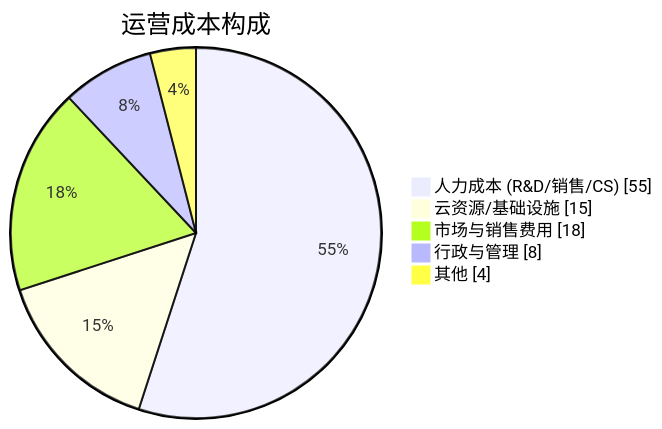
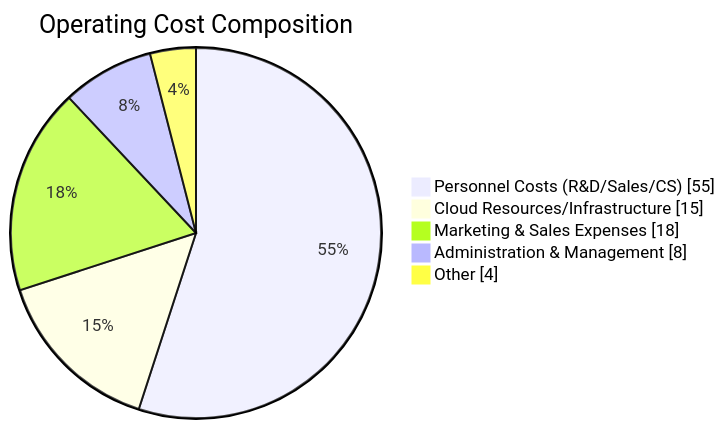
Diagram 12 of 15 in templates/【模板】商业模式文档.md (Kirky-X/cangjie), drawn with Mermaid before and after one commit. The commit also changed other lines of this file and 12 other files, not shown here.

````diff
--- a/templates/【模板】商业模式文档.md
+++ b/templates/【模板】商业模式文档.md
@@ -480,9 +480,9 @@
 ```mermaid
 pie showData
-    title 运营成本构成
-    "人力成本 (R&D/销售/CS)" : 55
-    "云资源/基础设施" : 15
-    "市场与销售费用" : 18
-    "行政与管理" : 8
-    "其他" : 4
+    title Operating Cost Composition
+    "Personnel Costs (R&D/Sales/CS)" : 55
+    "Cloud Resources/Infrastructure" : 15
+    "Marketing & Sales Expenses" : 18
+    "Administration & Management" : 8
+    "Other" : 4
 ```
````
